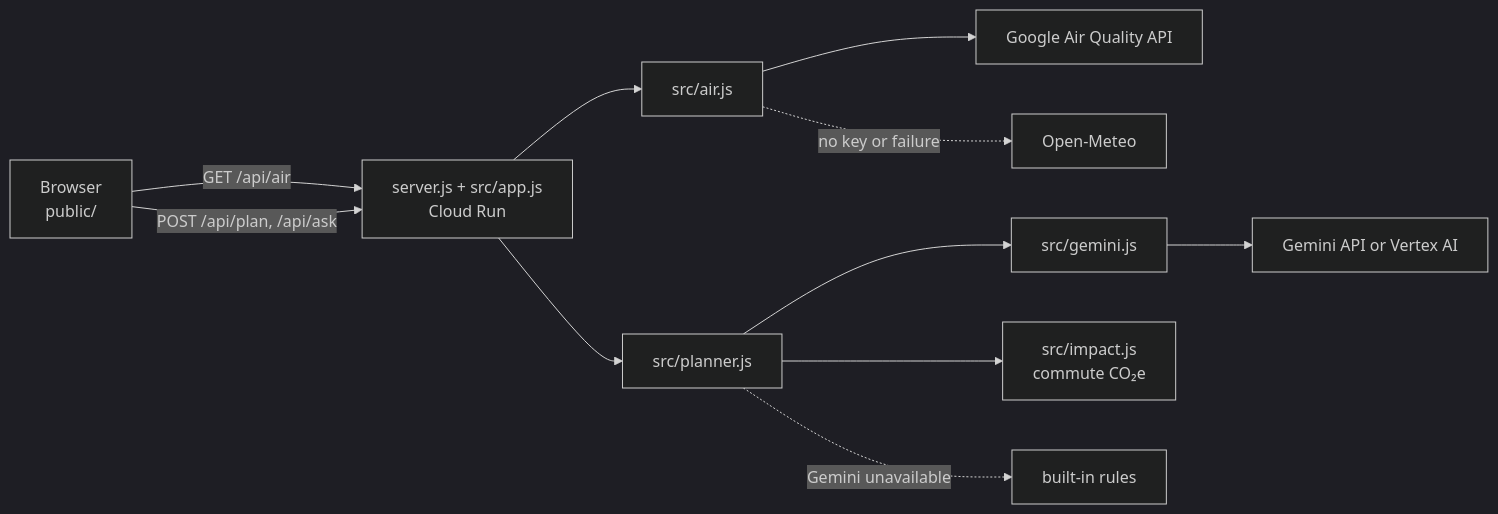
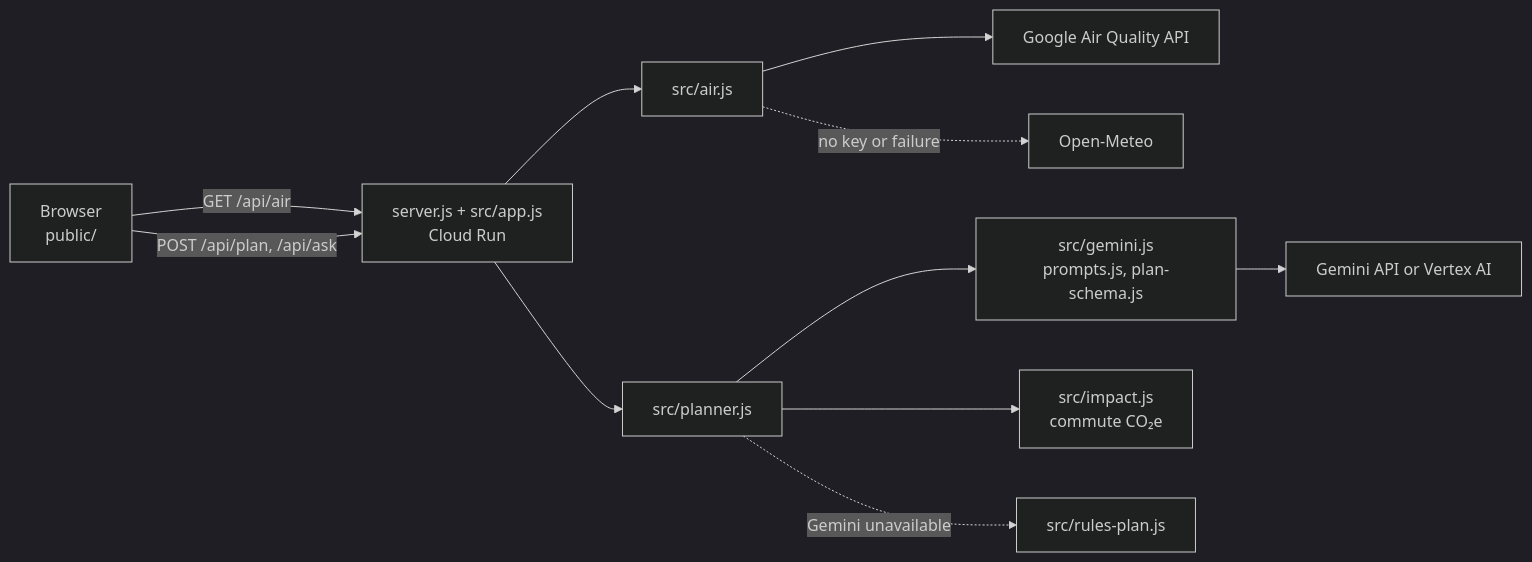
The diagram in README.md (garvitguptark/Prompt-wars-gemini), drawn with Mermaid (dark theme) before and after one commit. The commit also changed other lines of this file and 36 other files, not shown here.

````diff
--- a/README.md
+++ b/README.md
@@ -41,10 +41,10 @@
 ```mermaid
 flowchart LR
   B["Browser<br/>public/"] -->|GET /api/air| S["server.js + src/app.js<br/>Cloud Run"]
   B -->|POST /api/plan, /api/ask| S
   S --> A["src/air.js"] --> GAQ["Google Air Quality API"]
   A -. no key or failure .-> OM["Open-Meteo"]
-  S --> P["src/planner.js"] --> GM["src/gemini.js"] --> GEM["Gemini API or Vertex AI"]
+  S --> P["src/planner.js"] --> GM["src/gemini.js<br/>prompts.js, plan-schema.js"] --> GEM["Gemini API or Vertex AI"]
   P --> I["src/impact.js<br/>commute CO₂e"]
-  P -. Gemini unavailable .-> R["built-in rules"]
+  P -. Gemini unavailable .-> R["src/rules-plan.js"]
 ```
````
